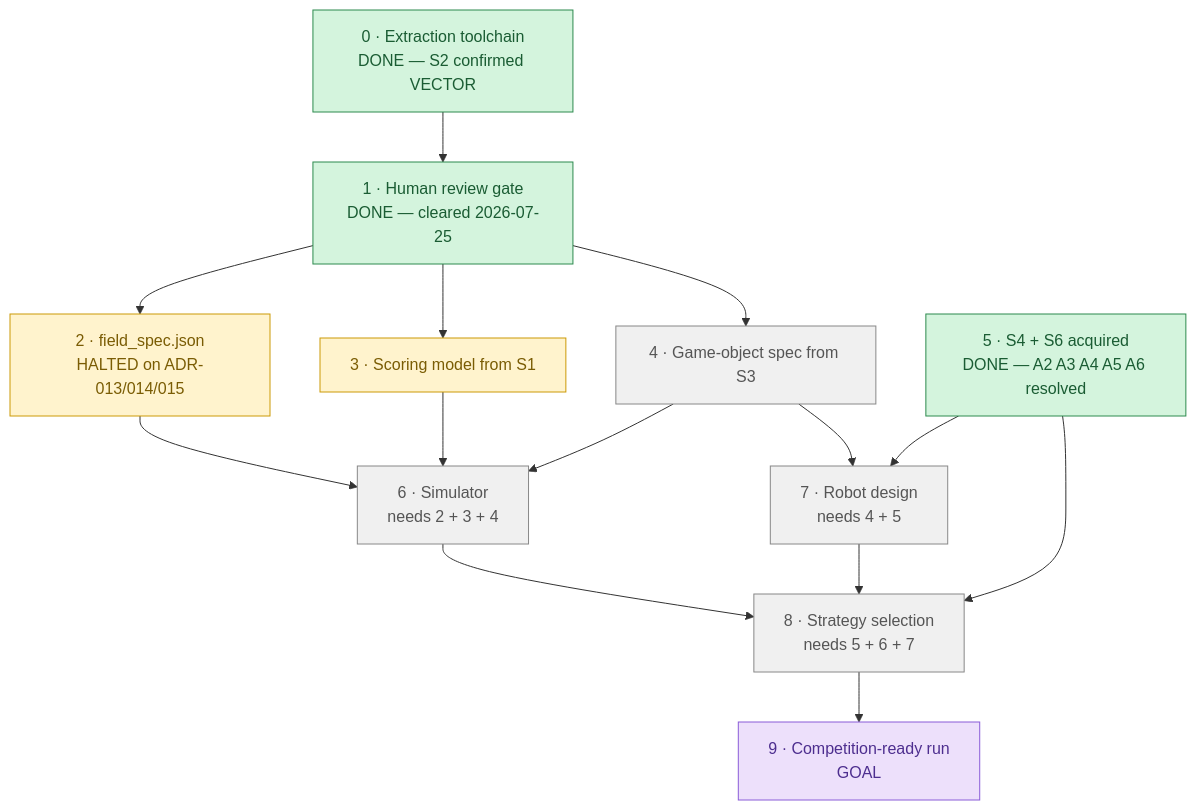
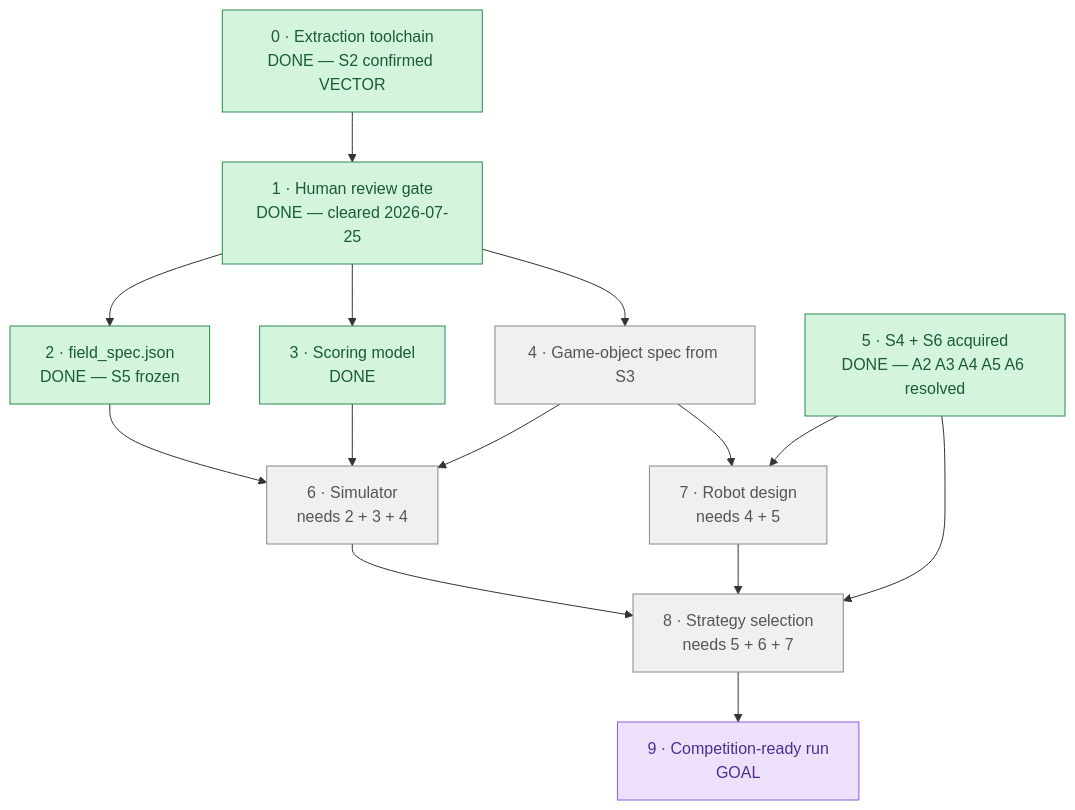
One commit to lumduan/wro-2026 changed the diagram in docs/plans/ROADMAP.md. Above: the diagram before and after it, drawn with Mermaid. The commit also changed other lines of this file and 19 other files, not shown here.

First line of the commit message:
feat(data): build field_spec.json (S5) and scoring_model.json

````diff
--- a/docs/plans/ROADMAP.md
+++ b/docs/plans/ROADMAP.md
@@ -7,28 +7,28 @@
 ```mermaid
 flowchart TD
     P0["0 · Extraction toolchain<br/>DONE — S2 confirmed VECTOR"] --> P1["1 · Human review gate<br/>DONE — cleared 2026-07-25"]
-    P1 --> P2["2 · field_spec.json<br/>HALTED on ADR-013/014/015"]
-    P1 --> P3["3 · Scoring model from S1"]
+    P1 --> P2["2 · field_spec.json<br/>DONE — S5 frozen"]
+    P1 --> P3["3 · Scoring model<br/>DONE"]
     P1 --> P4["4 · Game-object spec from S3"]
     P2 --> P6["6 · Simulator<br/>needs 2 + 3 + 4"]
     P3 --> P6
     P4 --> P6
     P5["5 · S4 + S6 acquired<br/>DONE — A2 A3 A4 A5 A6 resolved"] --> P7["7 · Robot design<br/>needs 4 + 5"]
     P4 --> P7
     P6 --> P8["8 · Strategy selection<br/>needs 5 + 6 + 7"]
     P7 --> P8
     P5 --> P8
     P8 --> P9["9 · Competition-ready run<br/>GOAL"]
 
     classDef done     fill:#d4f4dd,stroke:#2d8a4e,color:#1a5c33
     classDef active   fill:#fff3cd,stroke:#cc9a06,color:#7a5c04
     classDef ready    fill:#d6e9ff,stroke:#3b7dd8,color:#1e4d8f
     classDef blocked  fill:#f0f0f0,stroke:#888,color:#555
     classDef decision fill:#fde0e0,stroke:#d05555,color:#8f2e2e
     classDef goal     fill:#ede0fb,stroke:#8a5cd8,color:#4d2e8f
 
-    class P0,P1,P5 done
-    class P2,P3 active
+    class P0,P1,P2,P3,P5 done
+    class P4 ready
     class P4,P6,P7,P8 blocked
     class P9 goal
 ```
````
